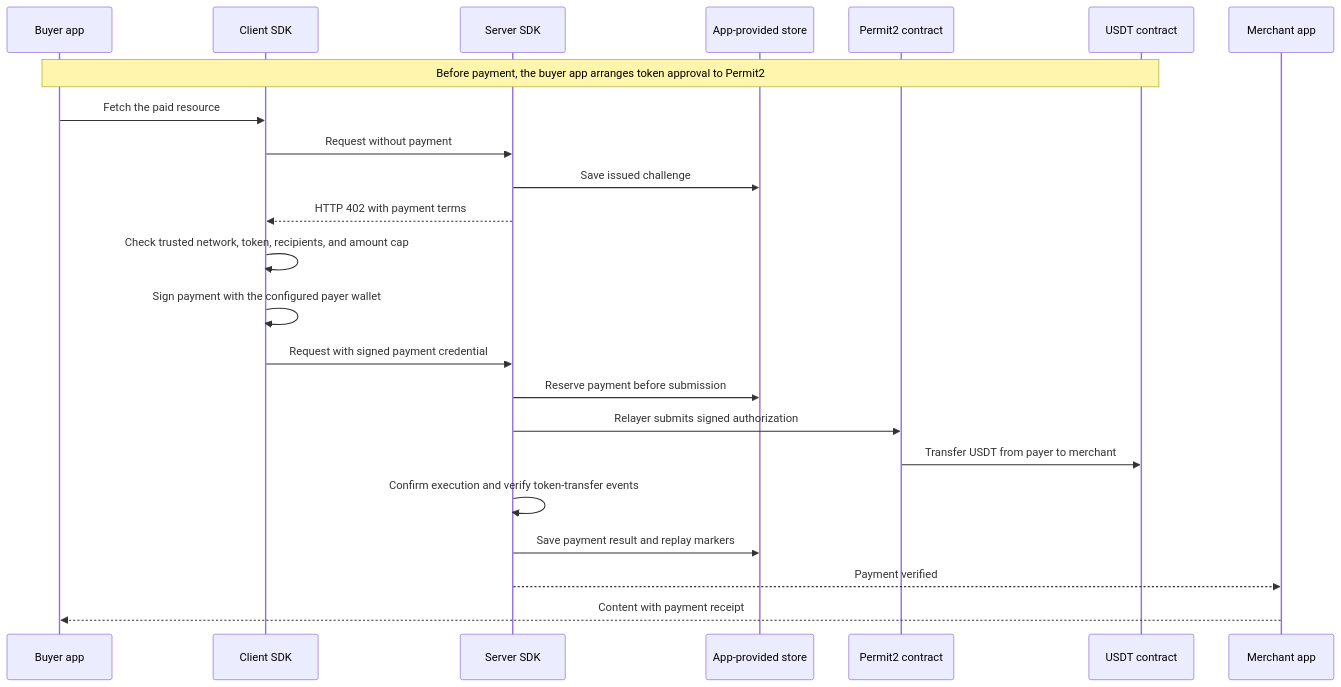
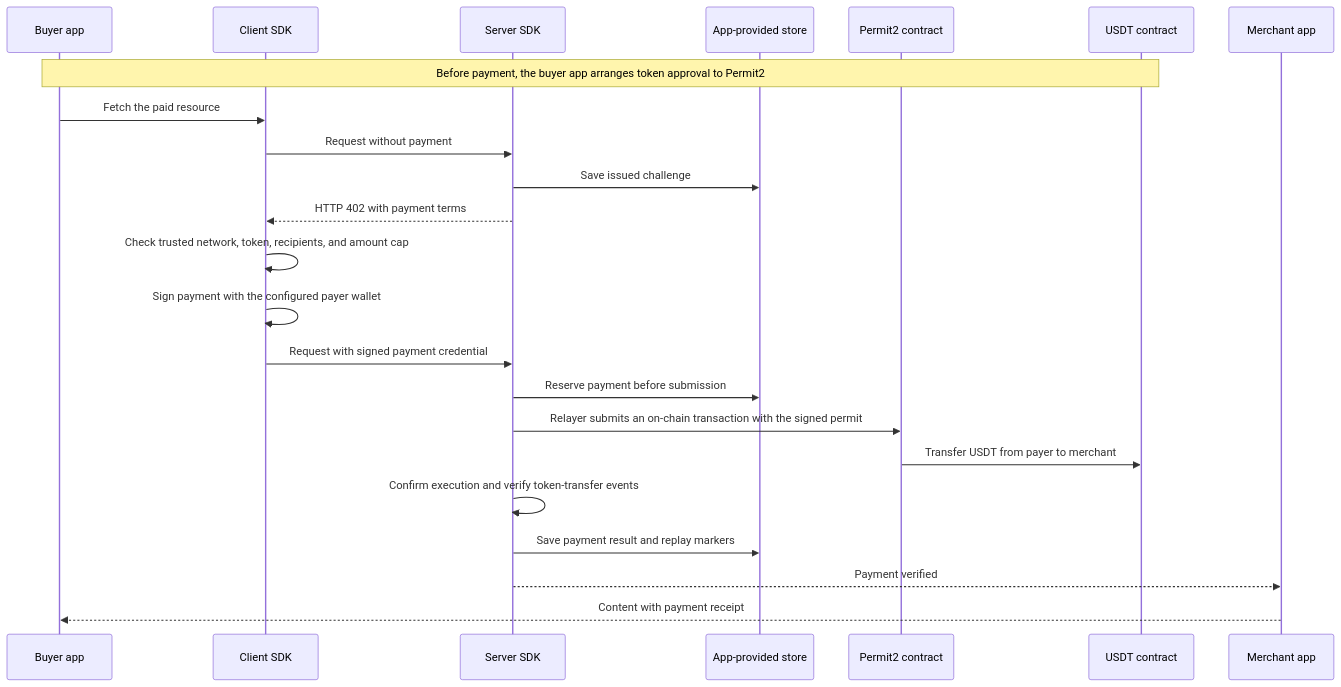
Before and after one commit to aziz1975/tron-mpp-sdk: the first of 4 diagrams in README.md, drawn with Mermaid. The commit also changed other lines of this file, not shown here.

````diff
--- a/README.md
+++ b/README.md
@@ -71,25 +82,25 @@
 ```mermaid
 sequenceDiagram
     participant Buyer as Buyer app
     participant Client as Client SDK
     participant Server as Server SDK
     participant Store as App-provided store
     participant Permit2 as Permit2 contract
     participant Token as USDT contract
     participant Service as Merchant app
     Note over Buyer,Token: Before payment, the buyer app arranges token approval to Permit2
     Buyer->>Client: Fetch the paid resource
     Client->>Server: Request without payment
     Server->>Store: Save issued challenge
     Server-->>Client: HTTP 402 with payment terms
     Client->>Client: Check trusted network, token, recipients, and amount cap
     Client->>Client: Sign payment with the configured payer wallet
     Client->>Server: Request with signed payment credential
     Server->>Store: Reserve payment before submission
-    Server->>Permit2: Relayer submits signed authorization
+    Server->>Permit2: Relayer submits an on-chain transaction with the signed permit
     Permit2->>Token: Transfer USDT from payer to merchant
     Server->>Server: Confirm execution and verify token-transfer events
     Server->>Store: Save payment result and replay markers
     Server-->>Service: Payment verified
     Service-->>Buyer: Content with payment receipt
 ```
````
